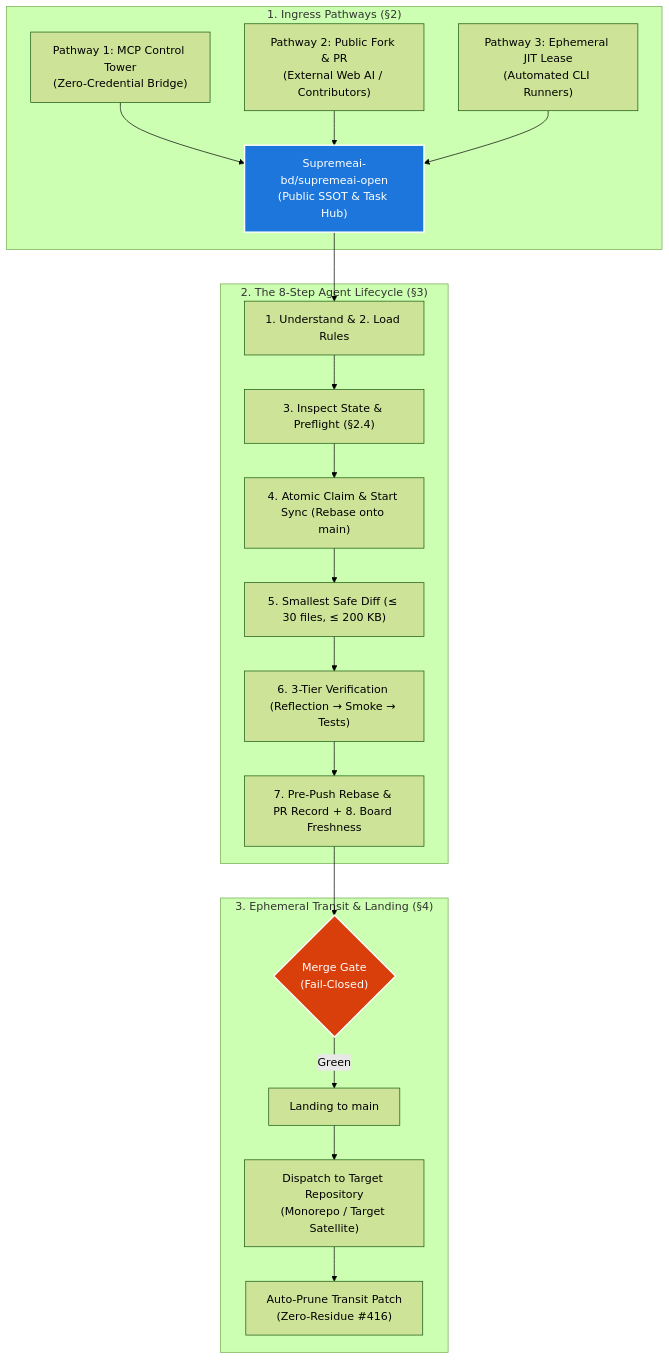
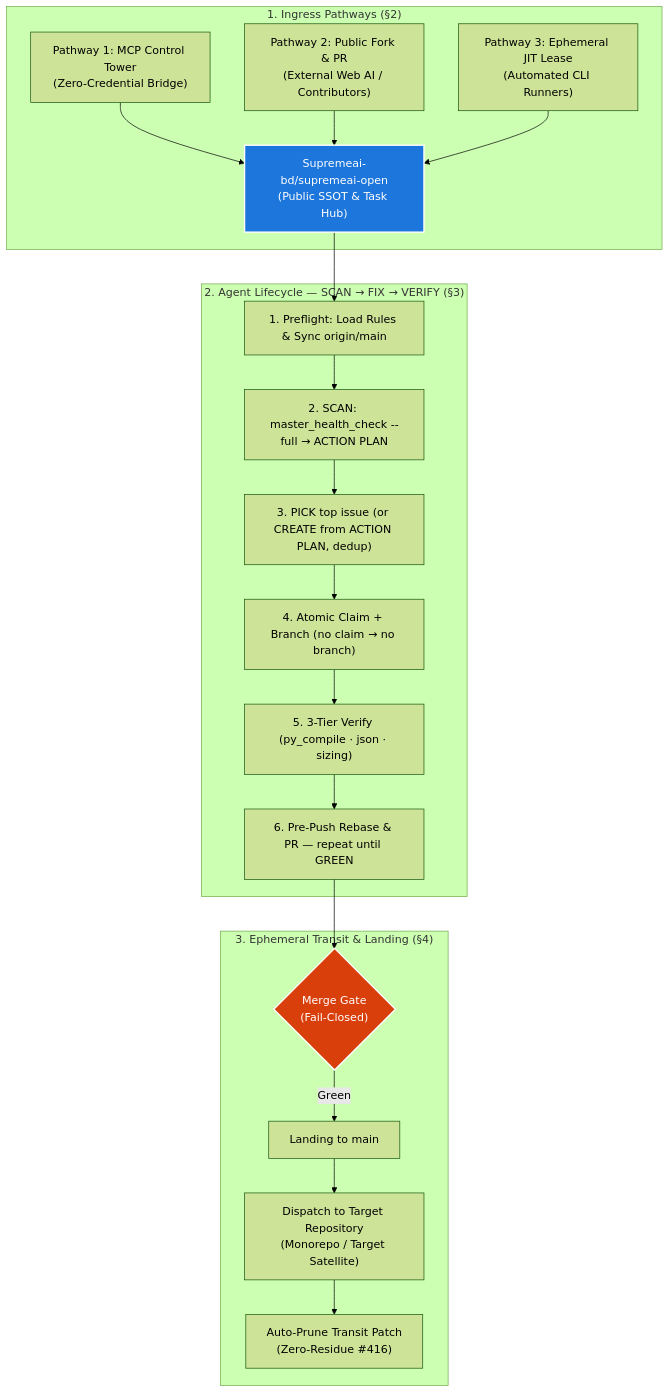
One commit to Supremeai-bd/supremeai-open changed the diagram in AGENTS.md. Above: the diagram before and after it, drawn with Mermaid (forest theme). The commit also changed other lines of this file and 1 other file, not shown here.

Commit message:
docs: sync AGENTS.md + AGENT_RULES.md to reflect v3 agent loop and --full health sweep
AGENTS.md:
- Flowchart: replace '8-Step Agent Lifecycle' with 'SCAN -> FIX -> VERIFY'
  Steps now: Preflight -> SCAN (master_health_check --full) -> PICK/CREATE ->
  Atomic Claim -> 3-Tier Verify -> Rebase + PR (repeat until GREEN)
- Machine Enforcement §5: master_health_check SSOT updated to --full flag
- Machine Enforcement §5: add Agent Loop SSOT line (--loop, --scan-only)

AGENT_RULES.md:
- Machine Enforcement §5: master_health_check SSOT updated to --full flag
  with --ci-sweep and --json flag descriptions
- Machine Enforcement §5: add Agent Loop SSOT line matching AGENTS.md

No behavioral rule changes: all U-rules, P-rules, role policies, PR blueprint,
preflight invariants, and boundary guards are unchanged.

````diff
--- a/AGENTS.md
+++ b/AGENTS.md
@@ -21,29 +21,29 @@
 ```mermaid
 flowchart TD
     subgraph INGRESS ["1. Ingress Pathways (§2)"]
         P1["Pathway 1: MCP Control Tower<br>(Zero-Credential Bridge)"] --> OPEN["Supremeai-bd/supremeai-open<br>(Public SSOT & Task Hub)"]
         P2["Pathway 2: Public Fork & PR<br>(External Web AI / Contributors)"] --> OPEN
         P3["Pathway 3: Ephemeral JIT Lease<br>(Automated CLI Runners)"] --> OPEN
     end
 
-    subgraph LOOP ["2. The 8-Step Agent Lifecycle (§3)"]
-        OPEN --> S1["1. Understand & 2. Load Rules"]
-        S1 --> S2["3. Inspect State & Preflight (§2.4)"]
-        S2 --> S3["4. Atomic Claim & Start Sync (Rebase onto main)"]
-        S3 --> S4["5. Smallest Safe Diff (≤ 30 files, ≤ 200 KB)"]
-        S4 --> S5["6. 3-Tier Verification (Reflection → Smoke → Tests)"]
-        S5 --> S6["7. Pre-Push Rebase & PR Record + 8. Board Freshness"]
+    subgraph LOOP ["2. Agent Lifecycle — SCAN → FIX → VERIFY (§3)"]
+        OPEN --> S1["1. Preflight: Load Rules & Sync origin/main"]
+        S1 --> S2["2. SCAN: master_health_check --full → ACTION PLAN"]
+        S2 --> S3["3. PICK top issue (or CREATE from ACTION PLAN, dedup)"]
+        S3 --> S4["4. Atomic Claim + Branch (no claim → no branch)"]
+        S4 --> S5["5. 3-Tier Verify (py_compile · json · sizing)"]
+        S5 --> S6["6. Pre-Push Rebase & PR — repeat until GREEN"]
     end
 
     subgraph TRANSIT ["3. Ephemeral Transit & Landing (§4)"]
         S6 --> GATE{"Merge Gate<br>(Fail-Closed)"}
         GATE -- Green --> MERGE["Landing to main"]
         MERGE --> DISPATCH["Dispatch to Target Repository<br>(Monorepo / Target Satellite)"]
         DISPATCH --> PRUNE["Auto-Prune Transit Patch<br>(Zero-Residue #416)"]
     end
 
     classDef hub fill:#1d76db,stroke:#fff,stroke-width:2px,color:#fff;
     classDef gate fill:#d93f0b,stroke:#fff,stroke-width:2px,color:#fff;
     class OPEN hub;
     class GATE gate;
 ```
````
